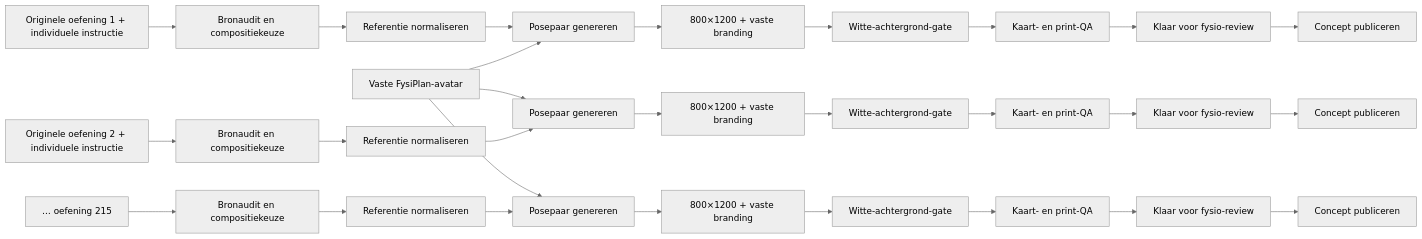
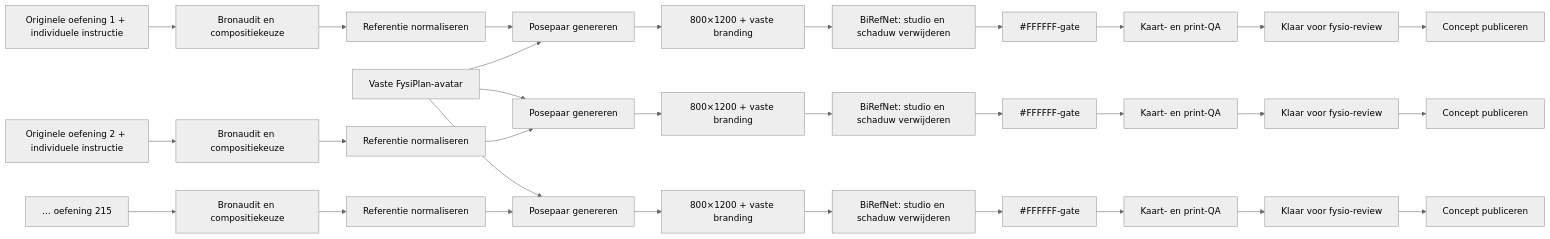
One commit to cartonn/Fysiplan changed the diagram in docs/oefenbeelden-graph.md. Above: the diagram before and after it, drawn with Mermaid (neutral theme). The commit also changed other lines of this file and 437 other files, not shown here.

````diff
--- a/docs/oefenbeelden-graph.md
+++ b/docs/oefenbeelden-graph.md
@@ -5,9 +5,9 @@
 ```mermaid
 flowchart LR
   A["Vaste FysiPlan-avatar"] --> G1
-  S1["Originele oefening 1 + individuele instructie"] --> U1["Bronaudit en compositiekeuze"] --> N1["Referentie normaliseren"] --> G1["Posepaar genereren"] --> C1["800×1200 + vaste branding"] --> W1["Witte-achtergrond-gate"] --> Q1["Kaart- en print-QA"] --> R1["Klaar voor fysio-review"] --> P1["Concept publiceren"]
-  S2["Originele oefening 2 + individuele instructie"] --> U2["Bronaudit en compositiekeuze"] --> N2["Referentie normaliseren"] --> G2["Posepaar genereren"] --> C2["800×1200 + vaste branding"] --> W2["Witte-achtergrond-gate"] --> Q2["Kaart- en print-QA"] --> R2["Klaar voor fysio-review"] --> P2["Concept publiceren"]
+  S1["Originele oefening 1 + individuele instructie"] --> U1["Bronaudit en compositiekeuze"] --> N1["Referentie normaliseren"] --> G1["Posepaar genereren"] --> C1["800×1200 + vaste branding"] --> B1["BiRefNet: studio en schaduw verwijderen"] --> W1["#FFFFFF-gate"] --> Q1["Kaart- en print-QA"] --> R1["Klaar voor fysio-review"] --> P1["Concept publiceren"]
+  S2["Originele oefening 2 + individuele instructie"] --> U2["Bronaudit en compositiekeuze"] --> N2["Referentie normaliseren"] --> G2["Posepaar genereren"] --> C2["800×1200 + vaste branding"] --> B2["BiRefNet: studio en schaduw verwijderen"] --> W2["#FFFFFF-gate"] --> Q2["Kaart- en print-QA"] --> R2["Klaar voor fysio-review"] --> P2["Concept publiceren"]
   A --> G2
-  SN["… oefening 215"] --> UN["Bronaudit en compositiekeuze"] --> NN["Referentie normaliseren"] --> GN["Posepaar genereren"] --> CN["800×1200 + vaste branding"] --> WN["Witte-achtergrond-gate"] --> QN["Kaart- en print-QA"] --> RN["Klaar voor fysio-review"] --> PN["Concept publiceren"]
+  SN["… oefening 215"] --> UN["Bronaudit en compositiekeuze"] --> NN["Referentie normaliseren"] --> GN["Posepaar genereren"] --> CN["800×1200 + vaste branding"] --> BN["BiRefNet: studio en schaduw verwijderen"] --> WN["#FFFFFF-gate"] --> QN["Kaart- en print-QA"] --> RN["Klaar voor fysio-review"] --> PN["Concept publiceren"]
   A --> GN
 ```
````
